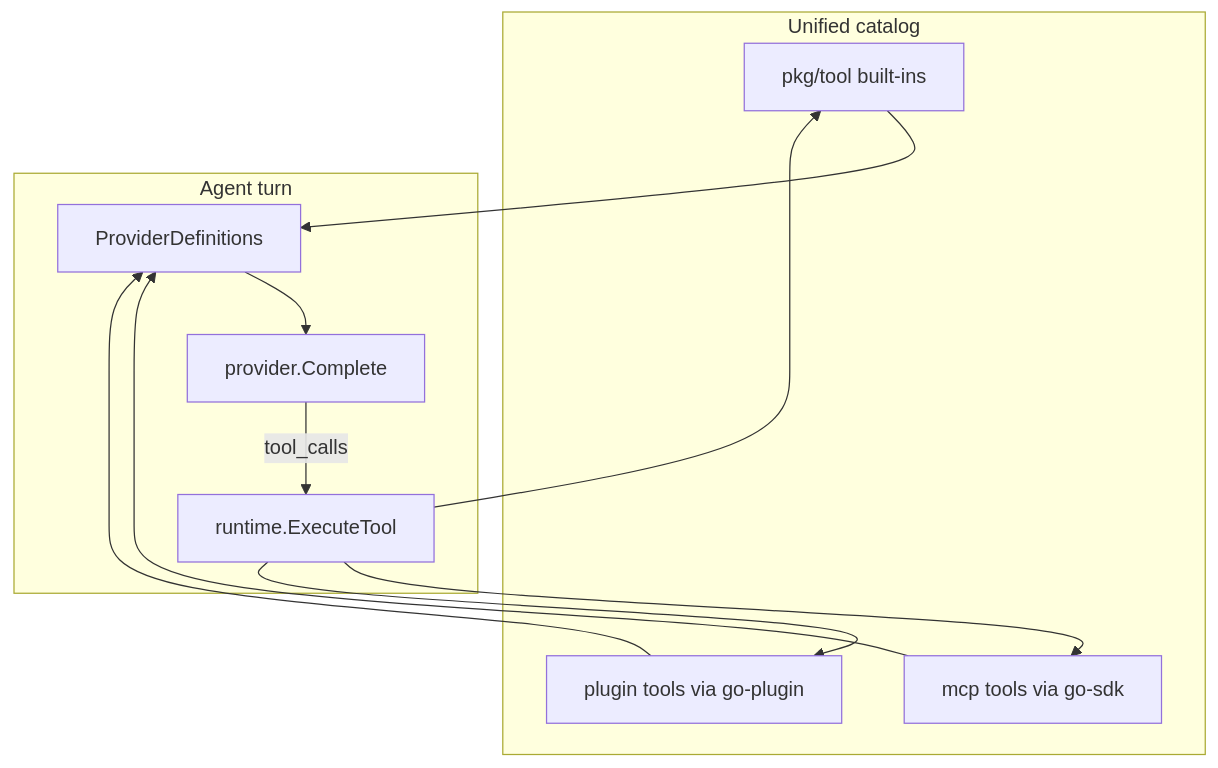
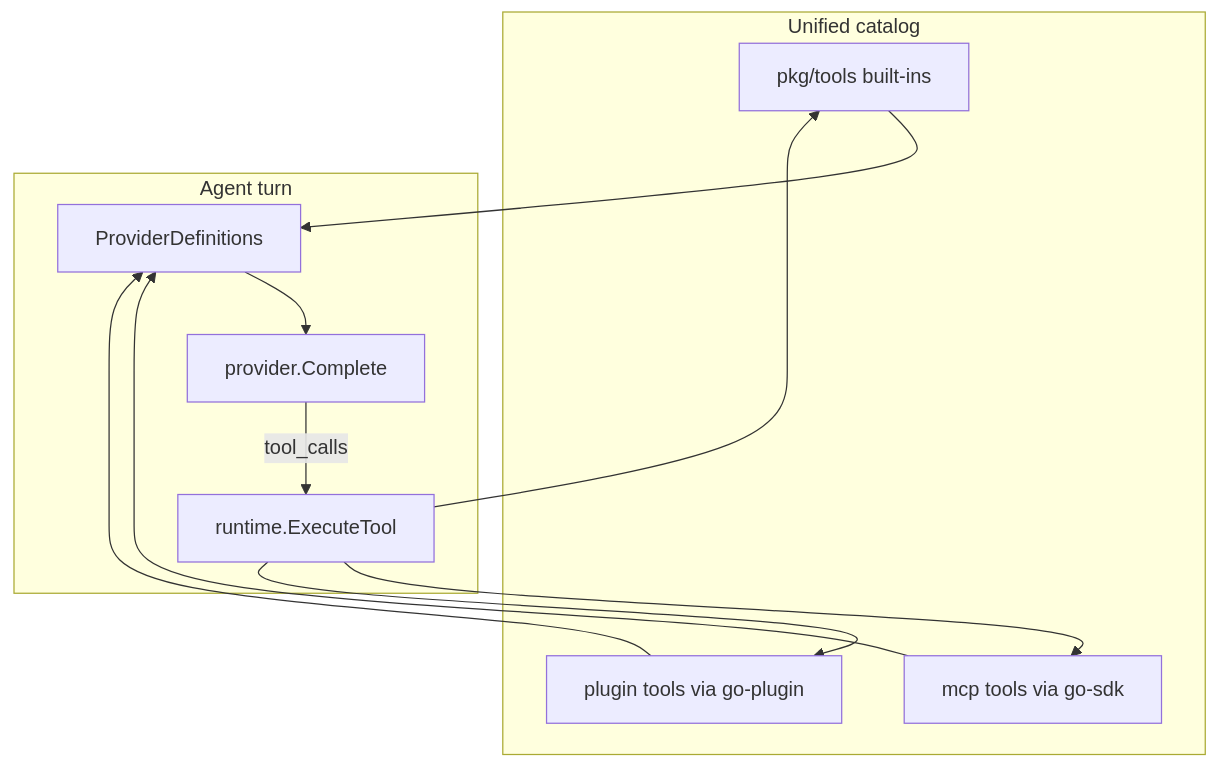
Before and after one commit to riipandi/elph: the diagram in docs/consideration.md, drawn with Mermaid. The commit also changed other lines of this file and 10 other files, not shown here.

````diff
--- a/docs/consideration.md
+++ b/docs/consideration.md
@@ -82,21 +82,21 @@
 ```mermaid
 flowchart TB
     subgraph catalog [Unified catalog]
-        BL[pkg/tool built-ins]
+        BL[pkg/tools built-ins]
         MC[mcp tools via go-sdk]
         PL[plugin tools via go-plugin]
     end
     subgraph loop [Agent turn]
         PD[ProviderDefinitions]
         PV[provider.Complete]
         EX[runtime.ExecuteTool]
     end
     BL --> PD
     MC --> PD
     PL --> PD
     PD --> PV
     PV -->|tool_calls| EX
     EX --> BL
     EX --> MC
     EX --> PL
 ```
````
